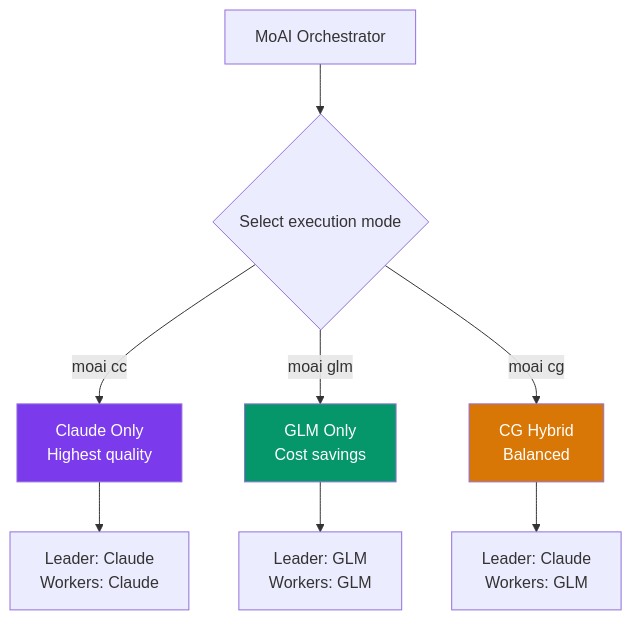
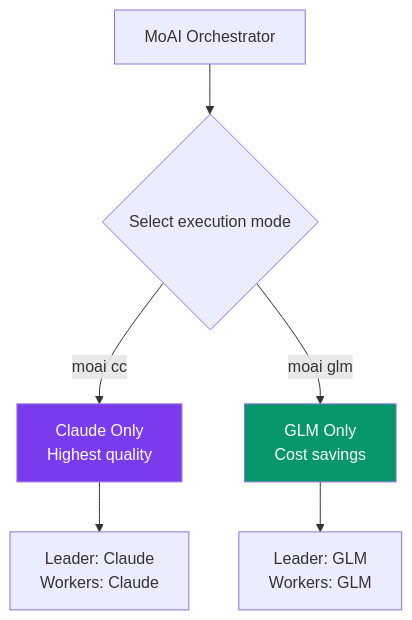
Before and after one commit to modu-ai/moai-adk: the diagram in docs-site/content/en/multi-llm/_index.md, drawn with Mermaid. The commit also changed other lines of this file and 1608 other files, not shown here.

````diff
--- a/docs-site/content/en/multi-llm/_index.md
+++ b/docs-site/content/en/multi-llm/_index.md
@@ -68,15 +66,12 @@
 ```mermaid
 graph TD
     A["MoAI Orchestrator"] --> B{"Select execution mode"}
     B -->|"moai cc"| C["Claude Only<br/>Highest quality"]
     B -->|"moai glm"| D["GLM Only<br/>Cost savings"]
-    B -->|"moai cg"| E["CG Hybrid<br/>Balanced"]
 
     C --> F["Leader: Claude<br/>Workers: Claude"]
     D --> G["Leader: GLM<br/>Workers: GLM"]
-    E --> H["Leader: Claude<br/>Workers: GLM"]
 
     style C fill:#7C3AED,color:#fff
     style D fill:#059669,color:#fff
-    style E fill:#D97706,color:#fff
 ```
````
